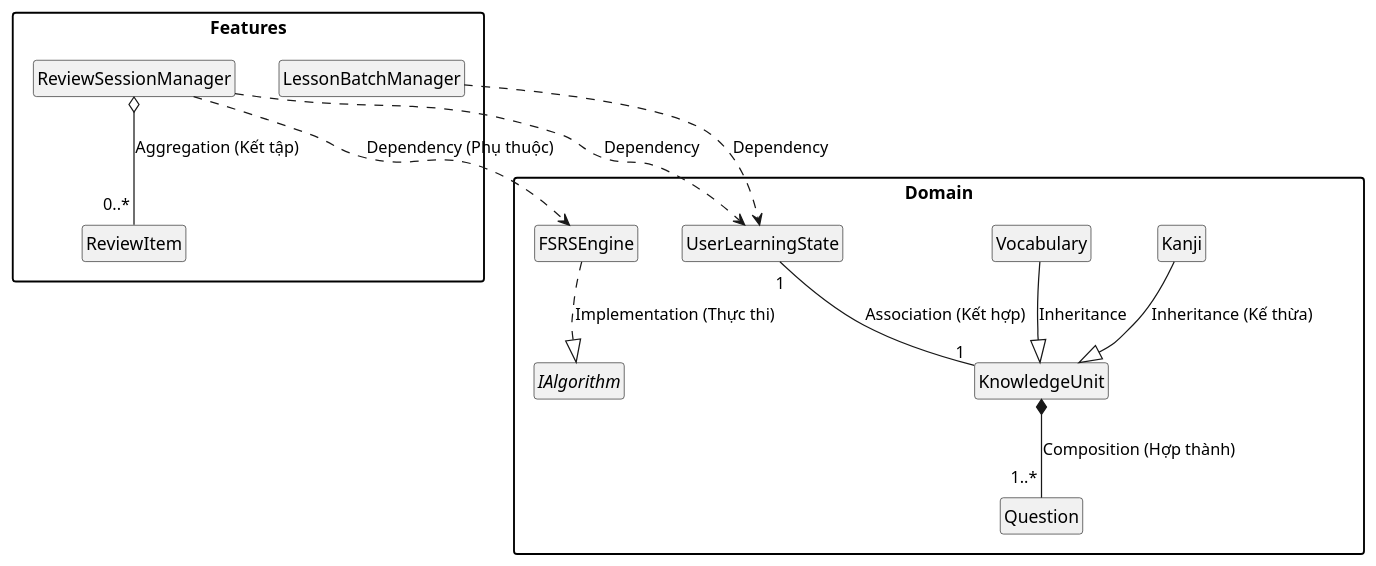
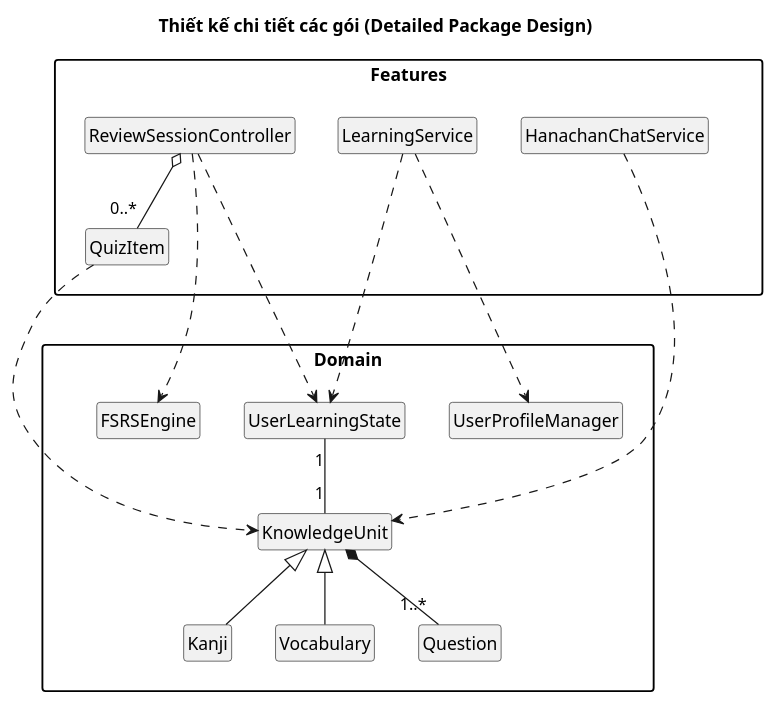
Before and after one commit to anhtranguyen-github/Hanachan: the diagram in docs/uml-package/detailed-design.md, drawn with PlantUML. The commit also changed other lines of this file and 37 other files, not shown here.

Commit message:
docs: synchronize architecture and business flow documentation with final implementation

````diff
--- a/docs/uml-package/detailed-design.md
+++ b/docs/uml-package/detailed-design.md
@@ -5,43 +1,48 @@
-```plantuml
 @startuml
+title Thiết kế chi tiết các gói (Detailed Package Design)
+top to bottom direction
 skinparam packageStyle rectangle
 skinparam shadowing false
 hide circle
 hide members
+
+' Tầng Features
+package "Features" {
+    class ReviewSessionController
+    class LearningService
+    class HanachanChatService
+    class QuizItem
+}
 
 ' Tầng Domain
 package "Domain" {
     class KnowledgeUnit
     class Kanji
     class Vocabulary
     class Question
-    
-    interface IAlgorithm
     class FSRSEngine
     class UserLearningState
+    class UserProfileManager
 }
 
-' Tầng Features
-package "Features" {
-    class ReviewSessionManager
-    class LessonBatchManager
-    class ReviewItem
-}
+' Force vertical alignment between packages
+Features -[hidden]down-> Domain
 
-' Quan hệ nội tại gói Domain
-Kanji --|> KnowledgeUnit : Inheritance (Kế thừa)
-Vocabulary --|> KnowledgeUnit : Inheritance
-KnowledgeUnit *-- "1..*" Question : Composition (Hợp thành)
-FSRSEngine ..|> IAlgorithm : Implementation (Thực thi)
-UserLearningState "1" -- "1" KnowledgeUnit : Association (Kết hợp)
+' Internal Domain Relations (Top-Down inside package)
+Kanji -up-|> KnowledgeUnit
+Vocabulary -up-|> KnowledgeUnit
+KnowledgeUnit *-- "1..*" Question
+UserLearningState "1" -- "1" KnowledgeUnit
 
-' Quan hệ nội tại gói Features
-ReviewSessionManager o-- "0..*" ReviewItem : Aggregation (Kết tập)
+' Internal Features Relations
+ReviewSessionController o-- "0..*" QuizItem
 
-' Quan hệ giữa các lớp xuyên Package
-ReviewSessionManager ..> FSRSEngine : Dependency (Phụ thuộc)
-LessonBatchManager ..> UserLearningState : Dependency
-ReviewSessionManager ..> UserLearningState : Dependency
+' Inter-Package Dependencies (Forcing Downward)
+ReviewSessionController -down..> FSRSEngine
+ReviewSessionController -down..> UserLearningState
+LearningService -down..> UserLearningState
+LearningService -down..> UserProfileManager
+HanachanChatService -down..> KnowledgeUnit
+QuizItem -down..> KnowledgeUnit
 
 @enduml
-```
````
